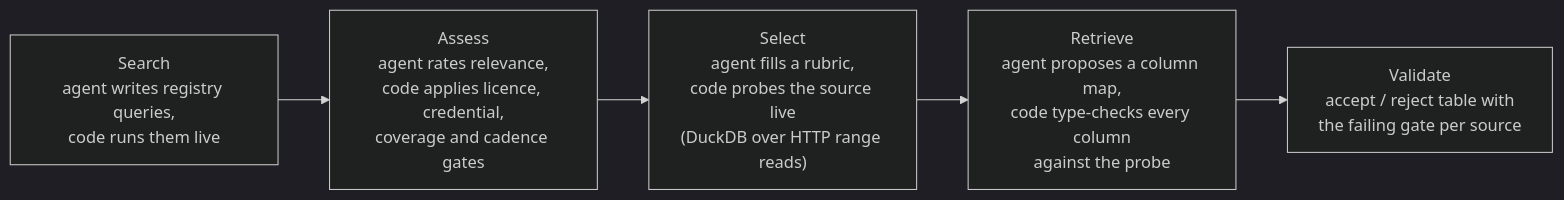
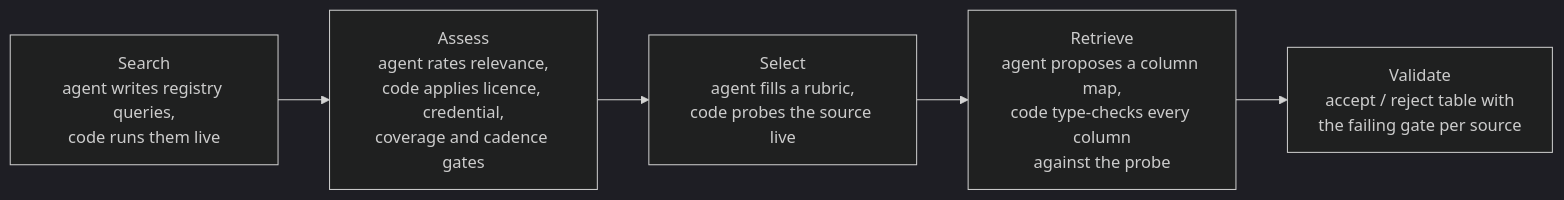
The third of 3 diagrams in README.md (KiraKami-dev/delayed_bahn), drawn with Mermaid (dark theme) before and after one commit. The commit also changed other lines of this file and 9 other files, not shown here.

````diff
--- a/README.md
+++ b/README.md
@@ -198,7 +195,7 @@
 ```mermaid
 flowchart LR
   S["Search<br/>agent writes registry queries,<br/>code runs them live"] --> A["Assess<br/>agent rates relevance,<br/>code applies licence, credential,<br/>coverage and cadence gates"]
-  A --> P["Select<br/>agent fills a rubric,<br/>code probes the source live<br/>(DuckDB over HTTP range reads)"]
+  A --> P["Select<br/>agent fills a rubric,<br/>code probes the source live"]
   P --> M["Retrieve<br/>agent proposes a column map,<br/>code type-checks every column<br/>against the probe"]
   M --> V["Validate<br/>accept / reject table with<br/>the failing gate per source"]
 ```
````
